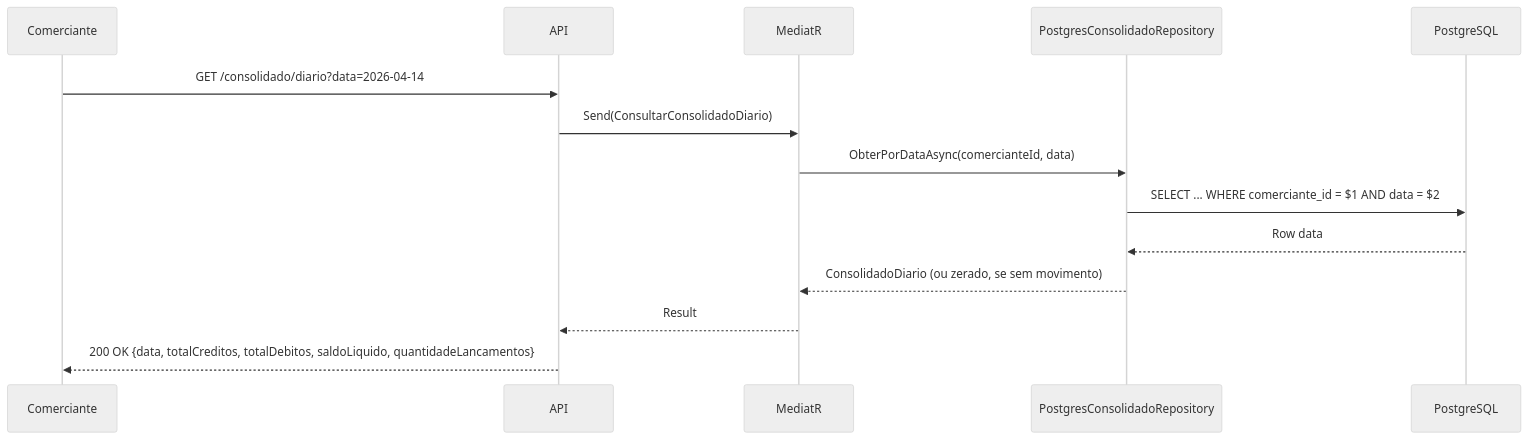
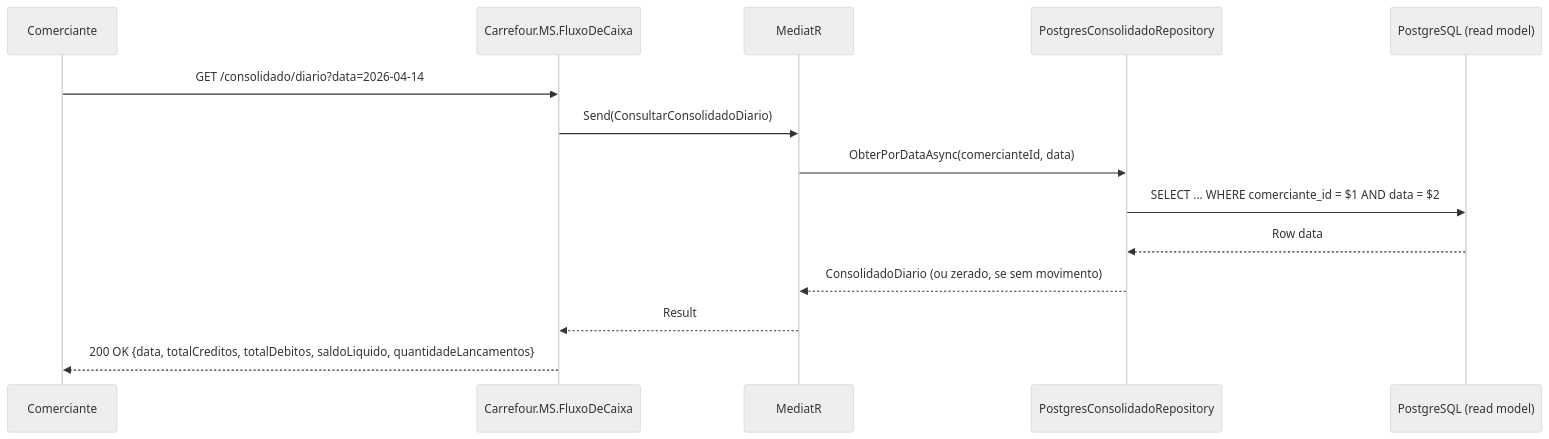
The fifth of 5 diagrams in ARCHITECTURE.md (cassio4ntunes-sudo/desafio_arquitetura_solucoes), drawn with Mermaid (neutral theme) before and after one commit. The commit also changed other lines of this file and 139 other files, not shown here.

````diff
--- a/ARCHITECTURE.md
+++ b/ARCHITECTURE.md
@@ -161,17 +196,17 @@
 ```mermaid
 sequenceDiagram
     participant C as Comerciante
-    participant API as API
+    participant API as Carrefour.MS.FluxoDeCaixa
     participant MediatR
     participant Repo as PostgresConsolidadoRepository
-    participant PG as PostgreSQL
+    participant PG as PostgreSQL (read model)
 
     C->>API: GET /consolidado/diario?data=2026-04-14
     API->>MediatR: Send(ConsultarConsolidadoDiario)
     MediatR->>Repo: ObterPorDataAsync(comercianteId, data)
     Repo->>PG: SELECT ... WHERE comerciante_id = $1 AND data = $2
     PG-->>Repo: Row data
     Repo-->>MediatR: ConsolidadoDiario (ou zerado, se sem movimento)
     MediatR-->>API: Result
     API-->>C: 200 OK {data, totalCreditos, totalDebitos, saldoLiquido, quantidadeLancamentos}
 ```
````
